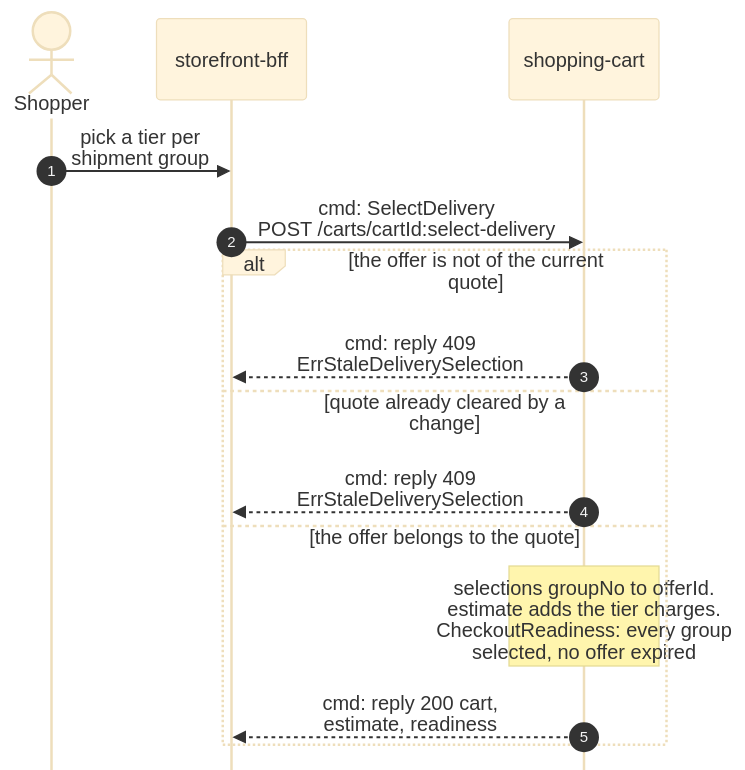
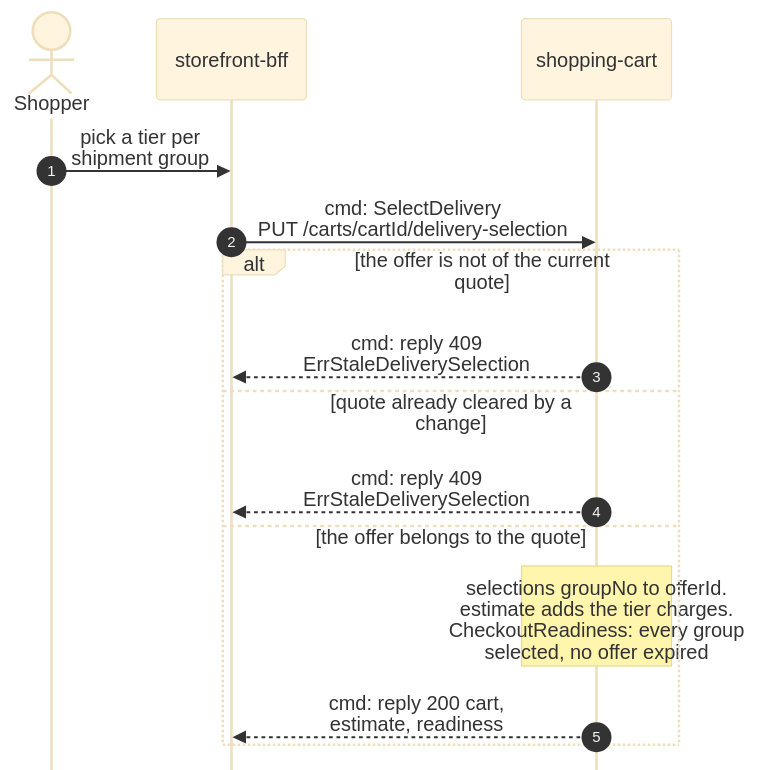
Before and after one commit to IQVO/warehouse-docs: the third of 4 diagrams in storefront/docs/contexts/shopping-cart/domain-message-flow.md, drawn with Mermaid (base theme). The commit also changed other lines of this file and 272 other files, not shown here.

````diff
--- a/storefront/docs/contexts/shopping-cart/domain-message-flow.md
+++ b/storefront/docs/contexts/shopping-cart/domain-message-flow.md
@@ -102,18 +102,18 @@
 ```mermaid
 %%{init: {"sequence": {"wrap": true, "width": 120, "actorMargin": 24, "messageMargin": 28, "boxMargin": 6, "noteMargin": 6, "mirrorActors": false}}}%%
 sequenceDiagram
     autonumber
     actor S as Shopper
     participant BFF as storefront-bff
     participant SC as shopping-cart
     S->>BFF: pick a tier per shipment group
-    BFF->>SC: cmd: SelectDelivery<br/>POST /carts/cartId:select-delivery
+    BFF->>SC: cmd: SelectDelivery<br/>PUT /carts/cartId/delivery-selection
     alt the offer is not of the current quote
         SC-->>BFF: cmd: reply 409<br/>ErrStaleDeliverySelection
     else quote already cleared by a change
         SC-->>BFF: cmd: reply 409<br/>ErrStaleDeliverySelection
     else the offer belongs to the quote
         Note over SC: selections groupNo to offerId.<br/>estimate adds the tier charges.<br/>CheckoutReadiness: every group<br/>selected, no offer expired
         SC-->>BFF: cmd: reply 200 cart,<br/>estimate, readiness
     end
 ```
````
